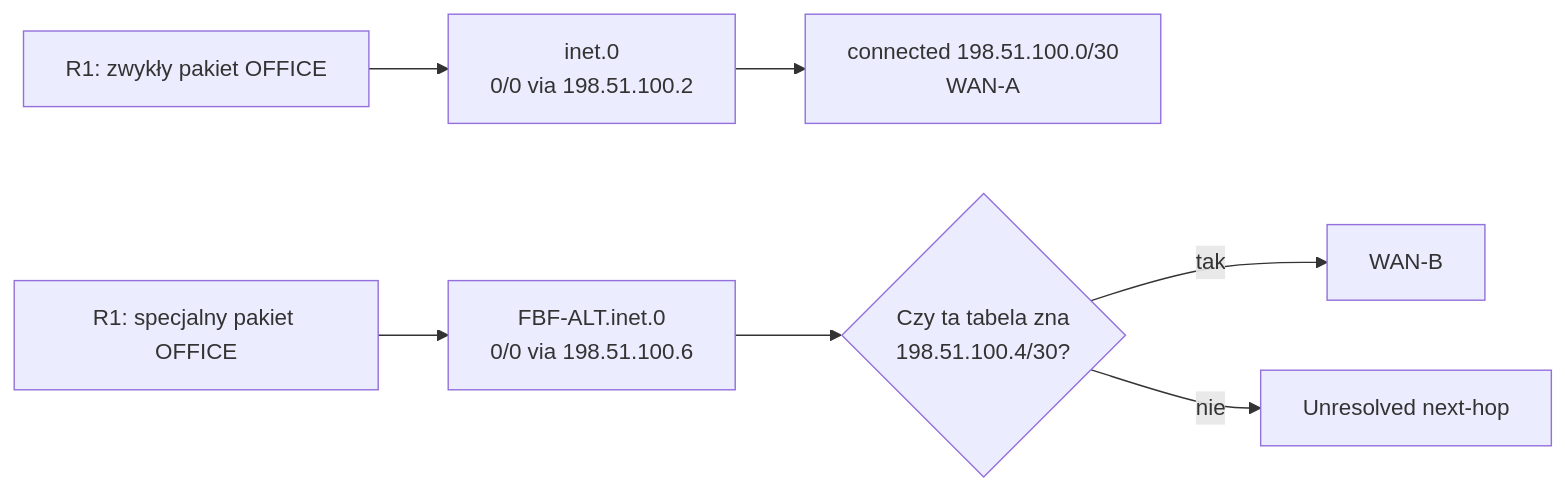
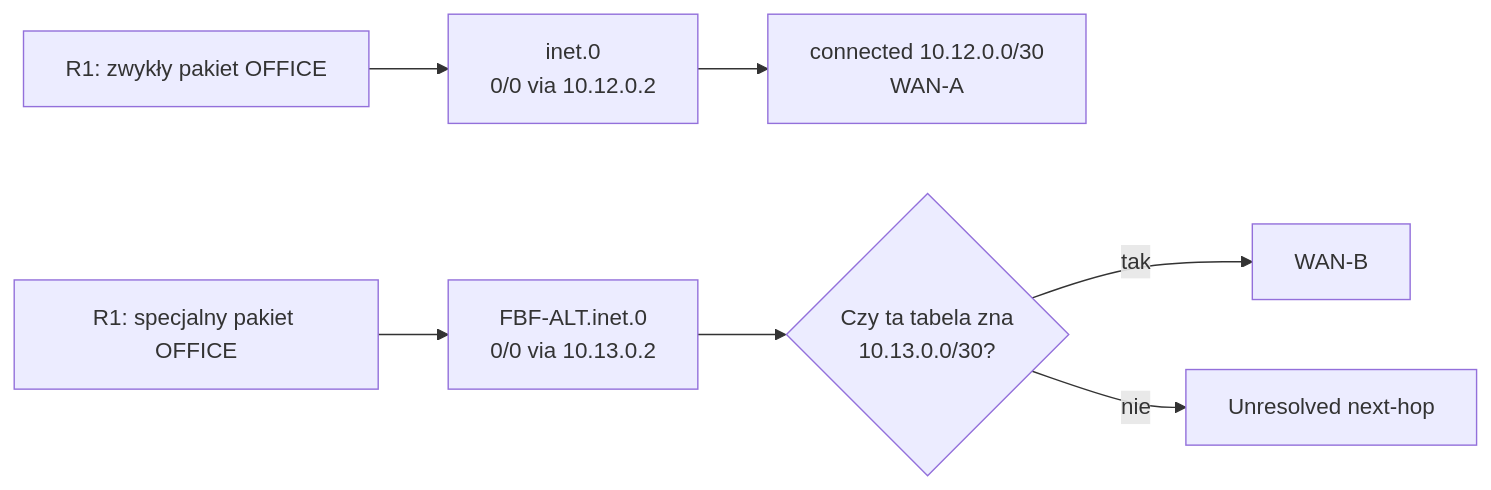
One commit to nelto79/jncip changed the fourth of 7 diagrams in docs/chapters/JUNOS_Rozdzial_07_Protocol_Independent_Routing.md. Above: the diagram before and after it, drawn with Mermaid. The commit also changed other lines of this file, not shown here.

Commit message:
docs(ch07): align policy-independent routing lessons and FBF theory with canonical diamond

```diff
--- a/docs/chapters/JUNOS_Rozdzial_07_Protocol_Independent_Routing.md
+++ b/docs/chapters/JUNOS_Rozdzial_07_Protocol_Independent_Routing.md
@@ -312,9 +320,9 @@
 ~~~mermaid
 flowchart LR
-  IN["R1: zwykły pakiet OFFICE"] --> M["inet.0<br/>0/0 via 198.51.100.2"]
-  SPEC["R1: specjalny pakiet OFFICE"] --> B["FBF-ALT.inet.0<br/>0/0 via 198.51.100.6"]
-  M --> A["connected 198.51.100.0/30<br/>WAN-A"]
-  B --> Q{"Czy ta tabela zna<br/>198.51.100.4/30?"}
+  IN["R1: zwykły pakiet OFFICE"] --> M["inet.0<br/>0/0 via 10.12.0.2"]
+  SPEC["R1: specjalny pakiet OFFICE"] --> B["FBF-ALT.inet.0<br/>0/0 via 10.13.0.2"]
+  M --> A["connected 10.12.0.0/30<br/>WAN-A"]
+  B --> Q{"Czy ta tabela zna<br/>10.13.0.0/30?"}
   Q -->|tak| OK["WAN-B"]
   Q -->|nie| FAIL["Unresolved next-hop"]
 ~~~
```
